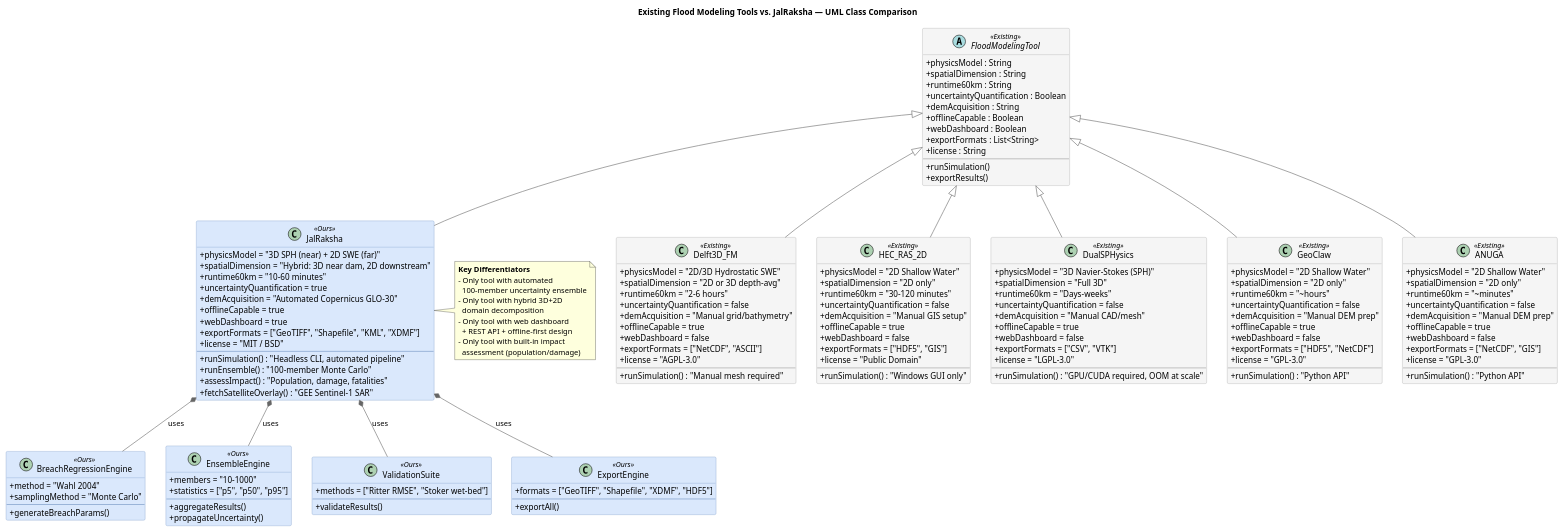
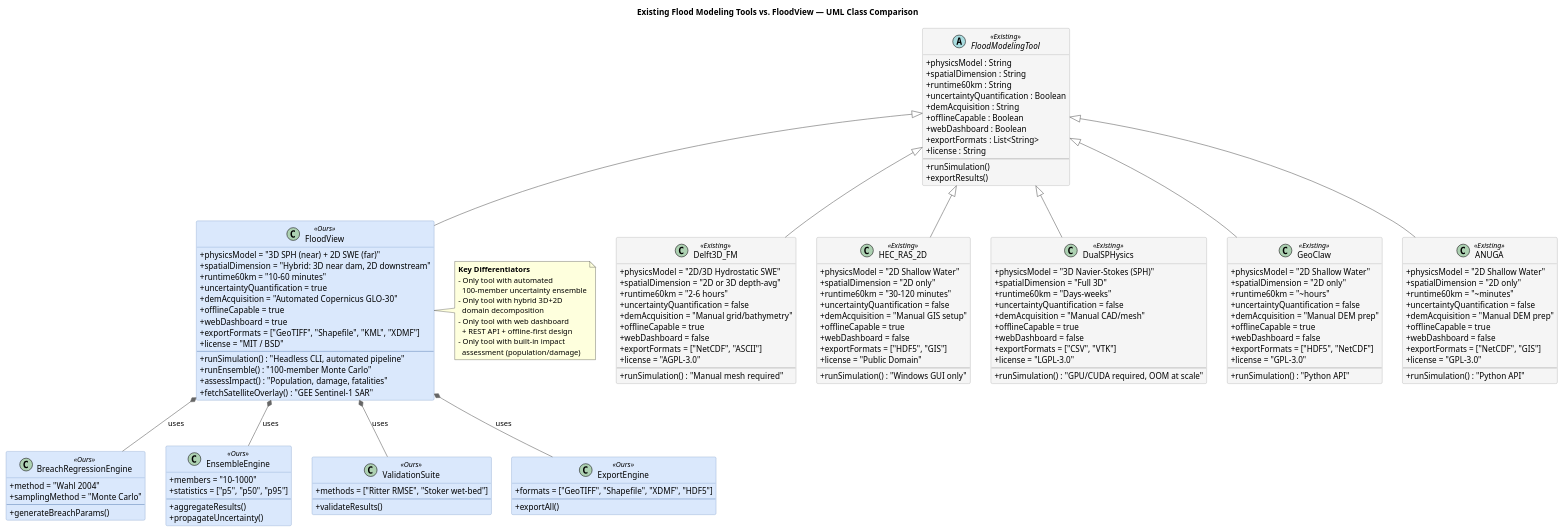
The diagram in tech_comparison_uml.puml (SatyajeetChavan30/SIH-prototype), drawn with PlantUML before and after one commit. The commit also changed 207 other files, not shown here.

```diff
--- a/tech_comparison_uml.puml
+++ b/tech_comparison_uml.puml
@@ -1,172 +1,172 @@
-@startuml JalRaksha_Technology_Comparison
-title Existing Flood Modeling Tools vs. JalRaksha — UML Class Comparison
+@startuml FloodView_Technology_Comparison
+title Existing Flood Modeling Tools vs. FloodView — UML Class Comparison
 
 skinparam class {
     BackgroundColor<<Existing>> #F5F5F5
     BorderColor<<Existing>> #999999
     BackgroundColor<<Ours>> #DAE8FC
     BorderColor<<Ours>> #6C8EBF
     ArrowColor #666666
 }
 skinparam classAttributeIconSize 0
 skinparam shadowing false
 
 ' ===================== ABSTRACT BASE =====================
 abstract class FloodModelingTool <<Existing>> {
     + physicsModel : String
     + spatialDimension : String
     + runtime60km : String
     + uncertaintyQuantification : Boolean
     + demAcquisition : String
     + offlineCapable : Boolean
     + webDashboard : Boolean
     + exportFormats : List<String>
     + license : String
     --
     + runSimulation()
     + exportResults()
 }
 
 ' ===================== EXISTING TOOLS =====================
 class Delft3D_FM <<Existing>> {
     + physicsModel = "2D/3D Hydrostatic SWE"
     + spatialDimension = "2D or 3D depth-avg"
     + runtime60km = "2-6 hours"
     + uncertaintyQuantification = false
     + demAcquisition = "Manual grid/bathymetry"
     + offlineCapable = true
     + webDashboard = false
     + exportFormats = ["NetCDF", "ASCII"]
     + license = "AGPL-3.0"
     --
     + runSimulation() : "Manual mesh required"
 }
 
 class HEC_RAS_2D <<Existing>> {
     + physicsModel = "2D Shallow Water"
     + spatialDimension = "2D only"
     + runtime60km = "30-120 minutes"
     + uncertaintyQuantification = false
     + demAcquisition = "Manual GIS setup"
     + offlineCapable = true
     + webDashboard = false
     + exportFormats = ["HDF5", "GIS"]
     + license = "Public Domain"
     --
     + runSimulation() : "Windows GUI only"
 }
 
 class DualSPHysics <<Existing>> {
     + physicsModel = "3D Navier-Stokes (SPH)"
     + spatialDimension = "Full 3D"
     + runtime60km = "Days-weeks"
     + uncertaintyQuantification = false
     + demAcquisition = "Manual CAD/mesh"
     + offlineCapable = true
     + webDashboard = false
     + exportFormats = ["CSV", "VTK"]
     + license = "LGPL-3.0"
     --
     + runSimulation() : "GPU/CUDA required, OOM at scale"
 }
 
 class GeoClaw <<Existing>> {
     + physicsModel = "2D Shallow Water"
     + spatialDimension = "2D only"
     + runtime60km = "~hours"
     + uncertaintyQuantification = false
     + demAcquisition = "Manual DEM prep"
     + offlineCapable = true
     + webDashboard = false
     + exportFormats = ["HDF5", "NetCDF"]
     + license = "GPL-3.0"
     --
     + runSimulation() : "Python API"
 }
 
 class ANUGA <<Existing>> {
     + physicsModel = "2D Shallow Water"
     + spatialDimension = "2D only"
     + runtime60km = "~minutes"
     + uncertaintyQuantification = false
     + demAcquisition = "Manual DEM prep"
     + offlineCapable = true
     + webDashboard = false
     + exportFormats = ["NetCDF", "GIS"]
     + license = "GPL-3.0"
     --
     + runSimulation() : "Python API"
 }
 
-' ===================== JALRAKSHA (OURS) =====================
-class JalRaksha <<Ours>> {
+' ===================== FLOODVIEW (OURS) =====================
+class FloodView <<Ours>> {
     + physicsModel = "3D SPH (near) + 2D SWE (far)"
     + spatialDimension = "Hybrid: 3D near dam, 2D downstream"
     + runtime60km = "10-60 minutes"
     + uncertaintyQuantification = true
     + demAcquisition = "Automated Copernicus GLO-30"
     + offlineCapable = true
     + webDashboard = true
     + exportFormats = ["GeoTIFF", "Shapefile", "KML", "XDMF"]
     + license = "MIT / BSD"
     --
     + runSimulation() : "Headless CLI, automated pipeline"
     + runEnsemble() : "100-member Monte Carlo"
     + assessImpact() : "Population, damage, fatalities"
     + fetchSatelliteOverlay() : "GEE Sentinel-1 SAR"
 }
 
-' ===================== SUPPORTING COMPONENTS (JalRaksha only) =====================
+' ===================== SUPPORTING COMPONENTS (FloodView only) =====================
 class BreachRegressionEngine <<Ours>> {
     + method = "Wahl 2004"
     + samplingMethod = "Monte Carlo"
     --
     + generateBreachParams()
 }
 
 class EnsembleEngine <<Ours>> {
     + members = "10-1000"
     + statistics = ["p5", "p50", "p95"]
     --
     + aggregateResults()
     + propagateUncertainty()
 }
 
 class ValidationSuite <<Ours>> {
     + methods = ["Ritter RMSE", "Stoker wet-bed"]
     --
     + validateResults()
 }
 
 class ExportEngine <<Ours>> {
     + formats = ["GeoTIFF", "Shapefile", "XDMF", "HDF5"]
     --
     + exportAll()
 }
 
 ' ===================== RELATIONSHIPS =====================
 FloodModelingTool <|-- Delft3D_FM
 FloodModelingTool <|-- HEC_RAS_2D
 FloodModelingTool <|-- DualSPHysics
 FloodModelingTool <|-- GeoClaw
 FloodModelingTool <|-- ANUGA
-FloodModelingTool <|-- JalRaksha
+FloodModelingTool <|-- FloodView
 
-JalRaksha *-- BreachRegressionEngine : uses
-JalRaksha *-- EnsembleEngine : uses
-JalRaksha *-- ValidationSuite : uses
-JalRaksha *-- ExportEngine : uses
+FloodView *-- BreachRegressionEngine : uses
+FloodView *-- EnsembleEngine : uses
+FloodView *-- ValidationSuite : uses
+FloodView *-- ExportEngine : uses
 
-note right of JalRaksha
+note right of FloodView
   **Key Differentiators**
   - Only tool with automated
     100-member uncertainty ensemble
   - Only tool with hybrid 3D+2D
     domain decomposition
   - Only tool with web dashboard
     + REST API + offline-first design
   - Only tool with built-in impact
     assessment (population/damage)
 end note
 
 @enduml
```
